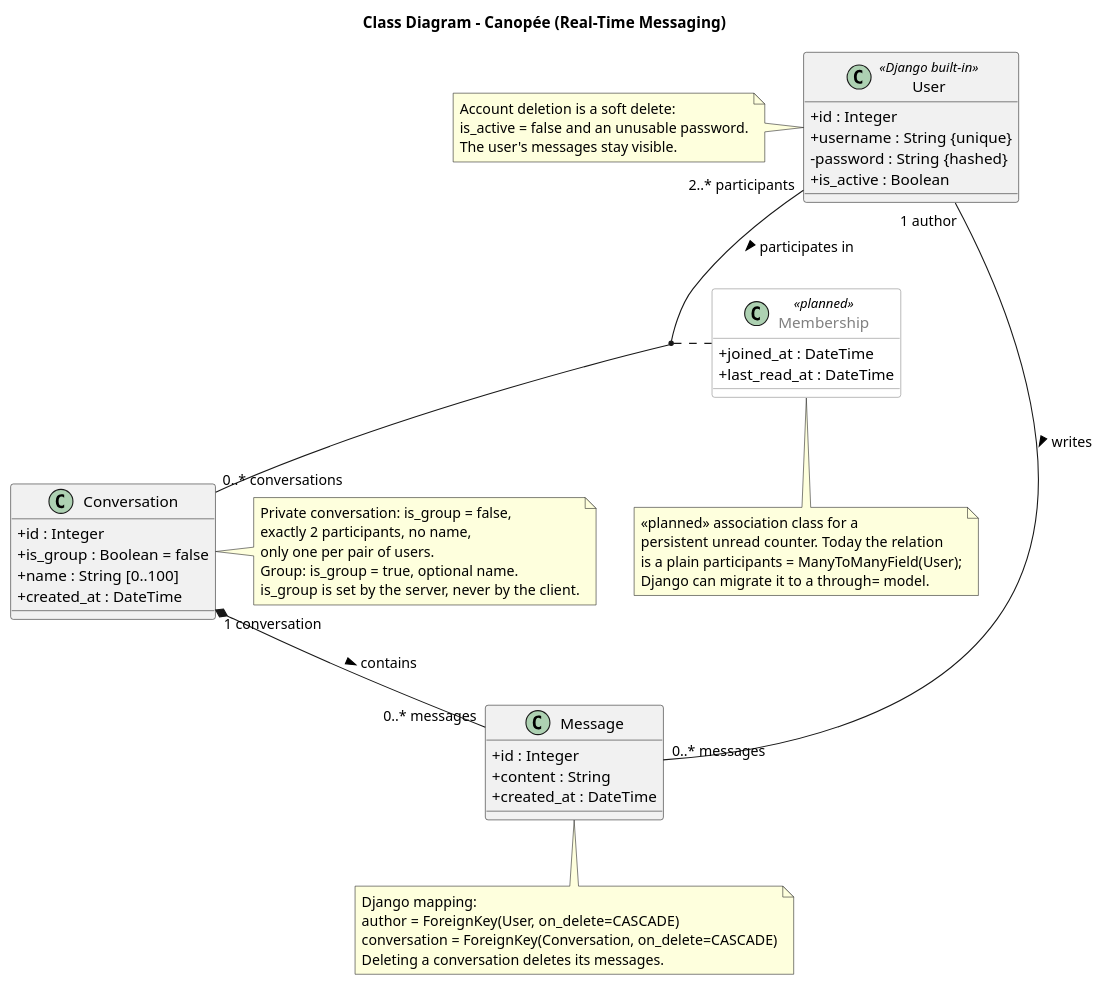
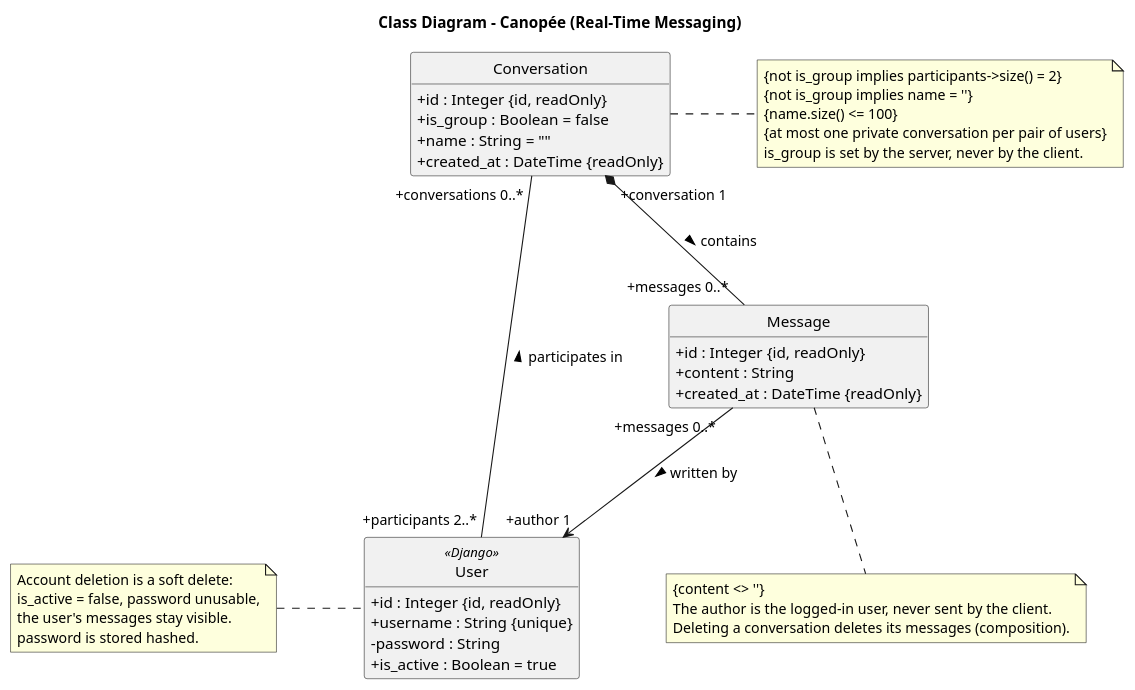
Before and after one commit to AlphaXZero/Integration-Project-1-Real-Time-Messaging: the diagram in docs/ClassDiagram.puml, drawn with PlantUML. The commit also changed 3 other files, not shown here.

```diff
--- a/docs/ClassDiagram.puml
+++ b/docs/ClassDiagram.puml
@@ -1,86 +1,69 @@
 @startuml
 title Class Diagram - Canopée (Real-Time Messaging)
 
+' UML 2 notation: no PlantUML "C" circles, empty compartments hidden
+skinparam style strictuml
 skinparam classAttributeIconSize 0
-skinparam class {
-  BackgroundColor<<planned>> White
-  BorderColor<<planned>> Gray
-  FontColor<<planned>> Gray
-}
+hide circle
+hide empty methods
+skinparam nodesep 80
+skinparam ranksep 100
 
 ' ============================
-' Implemented classes
+' Classes (as implemented)
 ' ============================
 
-class User <<Django built-in>> {
-  +id : Integer
+class User <<Django>> {
+  +id : Integer {id, readOnly}
   +username : String {unique}
-  -password : String {hashed}
-  +is_active : Boolean
+  -password : String
+  +is_active : Boolean = true
 }
 
 class Conversation {
-  +id : Integer
+  +id : Integer {id, readOnly}
   +is_group : Boolean = false
-  +name : String [0..100]
-  +created_at : DateTime
+  +name : String = ""
+  +created_at : DateTime {readOnly}
 }
 
 class Message {
-  +id : Integer
+  +id : Integer {id, readOnly}
   +content : String
-  +created_at : DateTime
-}
-
-' ============================
-' Planned class (not in the code yet)
-' ============================
-
-class Membership <<planned>> {
-  +joined_at : DateTime
-  +last_read_at : DateTime
+  +created_at : DateTime {readOnly}
 }
 
 ' ============================
 ' Associations
 ' ============================
 
-User "2..* participants" -- "0..* conversations" Conversation : participates in >
-Conversation "1 conversation" *-- "0..* messages" Message : contains >
-User "1 author" -- "0..* messages" Message : writes >
-
-(User, Conversation) .. Membership
+Conversation "+conversations 0..*" -- "+participants 2..*" User : participates in <
+Conversation "+conversation 1" *-- "+messages 0..*" Message : contains >
+Message "+messages 0..*" --> "+author 1" User : written by >
 
 ' ============================
-' Notes
+' Constraints
 ' ============================
 
 note right of Conversation
-  Private conversation: is_group = false,
-  exactly 2 participants, no name,
-  only one per pair of users.
-  Group: is_group = true, optional name.
+  {not is_group implies participants->size() = 2}
+  {not is_group implies name = ''}
+  {name.size() <= 100}
+  {at most one private conversation per pair of users}
   is_group is set by the server, never by the client.
 end note
 
 note bottom of Message
-  Django mapping:
-  author = ForeignKey(User, on_delete=CASCADE)
-  conversation = ForeignKey(Conversation, on_delete=CASCADE)
-  Deleting a conversation deletes its messages.
+  {content <> ''}
+  The author is the logged-in user, never sent by the client.
+  Deleting a conversation deletes its messages (composition).
 end note
 
 note left of User
   Account deletion is a soft delete:
-  is_active = false and an unusable password.
-  The user's messages stay visible.
-end note
-
-note bottom of Membership
-  <<planned>> association class for a
-  persistent unread counter. Today the relation
-  is a plain participants = ManyToManyField(User);
-  Django can migrate it to a through= model.
+  is_active = false, password unusable,
+  the user's messages stay visible.
+  password is stored hashed.
 end note
 
 @enduml
```
